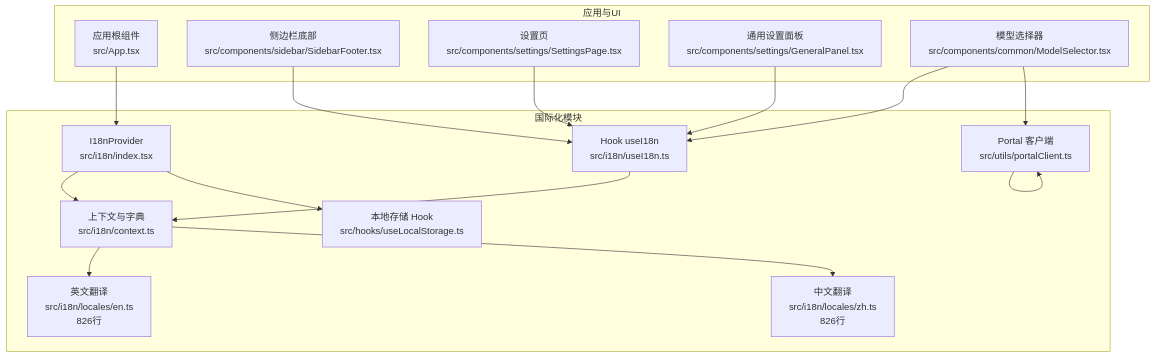
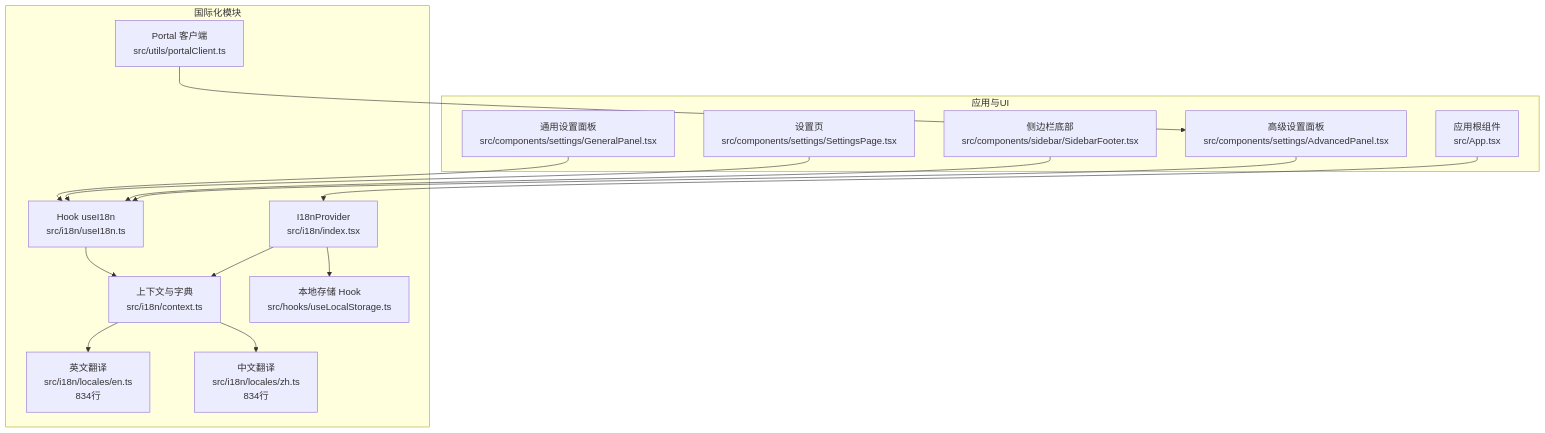
Before and after one commit to RabbitAI-Lab/RabbitCoding: the first of 7 diagrams in .qoder/repowiki/zh/content/国际化支持.md, drawn with Mermaid. The commit also changed other lines of this file and 36 other files, not shown here.

````diff
--- a/.qoder/repowiki/zh/content/国际化支持.md
+++ b/.qoder/repowiki/zh/content/国际化支持.md
@@ -53,32 +53,30 @@
 ```mermaid
 graph TB
 subgraph "国际化模块"
 IDX["I18nProvider<br/>src/i18n/index.tsx"]
 CTX["上下文与字典<br/>src/i18n/context.ts"]
 USE["Hook useI18n<br/>src/i18n/useI18n.ts"]
-LOCALE_EN["英文翻译<br/>src/i18n/locales/en.ts<br/>826行"]
-LOCALE_ZH["中文翻译<br/>src/i18n/locales/zh.ts<br/>826行"]
+LOCALE_EN["英文翻译<br/>src/i18n/locales/en.ts<br/>834行"]
+LOCALE_ZH["中文翻译<br/>src/i18n/locales/zh.ts<br/>834行"]
 LS["本地存储 Hook<br/>src/hooks/useLocalStorage.ts"]
-ENDO["在线模型 Hook<br/>src/hooks/useOnlineModels.ts"]
-ENDO["Portal 客户端<br/>src/utils/portalClient.ts"]
+PC["Portal 客户端<br/>src/utils/portalClient.ts"]
 end
 subgraph "应用与UI"
 APP["应用根组件<br/>src/App.tsx"]
 SIDEBAR["侧边栏底部<br/>src/components/sidebar/SidebarFooter.tsx"]
 SETTINGSPAGE["设置页<br/>src/components/settings/SettingsPage.tsx"]
 GENERAL["通用设置面板<br/>src/components/settings/GeneralPanel.tsx"]
-MODELSEL["模型选择器<br/>src/components/common/ModelSelector.tsx"]
+ADVANCED["高级设置面板<br/>src/components/settings/AdvancedPanel.tsx"]
 end
 APP --> IDX
 IDX --> CTX
 IDX --> LS
 CTX --> LOCALE_EN
 CTX --> LOCALE_ZH
-MODELSEL --> USE
-MODELSEL --> ENDO
-ENDO --> ENDO
+ADVANCED --> USE
+PC --> ADVANCED
 SIDEBAR --> USE
 SETTINGSPAGE --> USE
 GENERAL --> USE
 USE --> CTX
 ```
````
